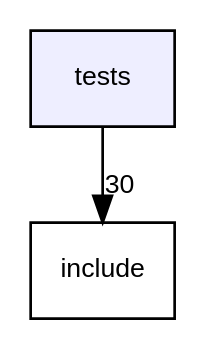
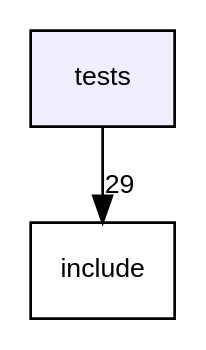
One commit to acgetchell/CDT-plusplus changed the diagram in dir_59425e443f801f1f2fd8bbe4959a3ccf_dep.dot. Above: the diagram before and after it, drawn with Graphviz. The commit also changed 358 other files, not shown here.

```diff
--- a/dir_59425e443f801f1f2fd8bbe4959a3ccf_dep.dot
+++ b/dir_59425e443f801f1f2fd8bbe4959a3ccf_dep.dot
@@ -1,8 +1,8 @@
 digraph "tests" {
   compound=true
   node [ fontsize="10", fontname="Helvetica"];
   edge [ labelfontsize="10", labelfontname="Helvetica"];
   dir_59425e443f801f1f2fd8bbe4959a3ccf [shape=box, label="tests", style="filled", fillcolor="#eeeeff", pencolor="black", URL="dir_59425e443f801f1f2fd8bbe4959a3ccf.html"];
   dir_d44c64559bbebec7f509842c48db8b23 [shape=box label="include" URL="dir_d44c64559bbebec7f509842c48db8b23.html"];
-  dir_59425e443f801f1f2fd8bbe4959a3ccf->dir_d44c64559bbebec7f509842c48db8b23 [headlabel="30", labeldistance=1.5 headhref="dir_000002_000000.html"];
+  dir_59425e443f801f1f2fd8bbe4959a3ccf->dir_d44c64559bbebec7f509842c48db8b23 [headlabel="29", labeldistance=1.5 headhref="dir_000002_000000.html"];
 }
```
